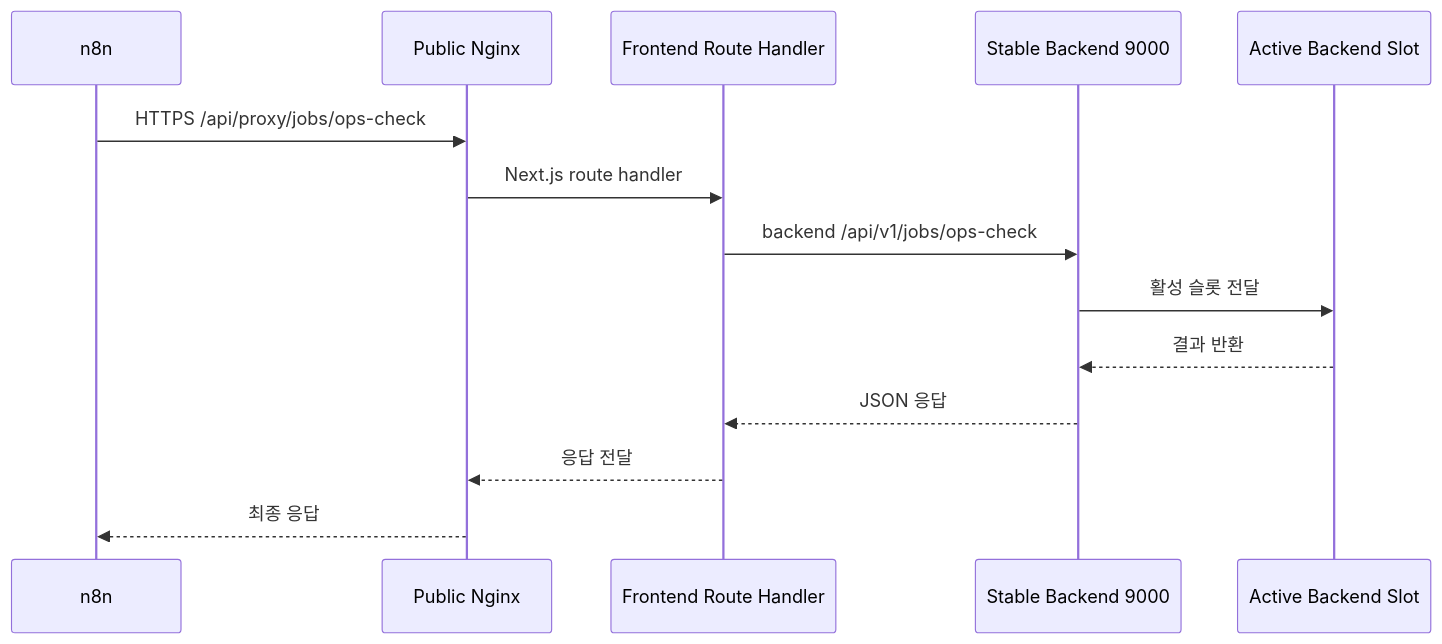
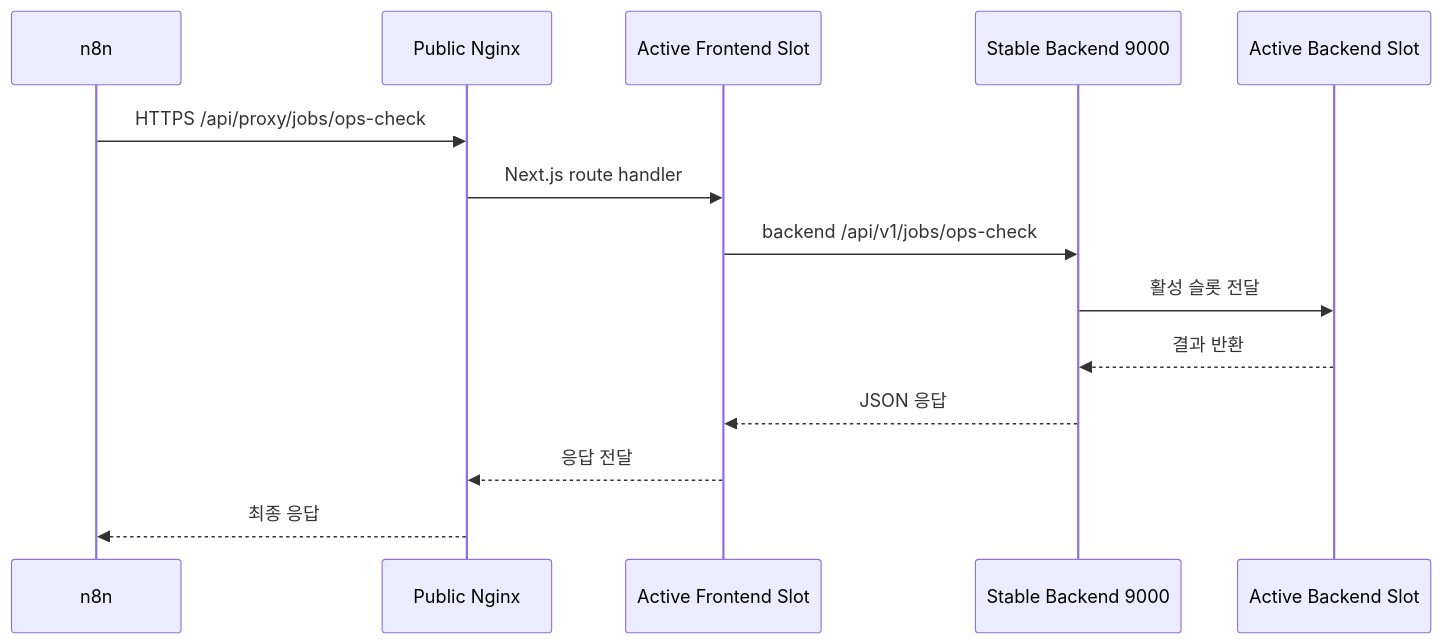
One commit to shinymjg77-ux/my-api changed the third of 4 diagrams in docs/system-overview.md. Above: the diagram before and after it, drawn with Mermaid. The commit also changed other lines of this file and 19 other files, not shown here.

Commit message:
Add frontend dual-slot deployment flow

````diff
--- a/docs/system-overview.md
+++ b/docs/system-overview.md
@@ -62,17 +68,17 @@
 ```mermaid
 sequenceDiagram
     participant N8N as n8n
     participant NG as Public Nginx
-    participant FE as Frontend Route Handler
+    participant FF as Active Frontend Slot
     participant SB as Stable Backend 9000
-    participant BE as Active Backend Slot
+    participant BB as Active Backend Slot
 
     N8N->>NG: HTTPS /api/proxy/jobs/ops-check
-    NG->>FE: Next.js route handler
-    FE->>SB: backend /api/v1/jobs/ops-check
-    SB->>BE: 활성 슬롯 전달
-    BE-->>SB: 결과 반환
-    SB-->>FE: JSON 응답
-    FE-->>NG: 응답 전달
+    NG->>FF: Next.js route handler
+    FF->>SB: backend /api/v1/jobs/ops-check
+    SB->>BB: 활성 슬롯 전달
+    BB-->>SB: 결과 반환
+    SB-->>FF: JSON 응답
+    FF-->>NG: 응답 전달
     NG-->>N8N: 최종 응답
 ```
````
